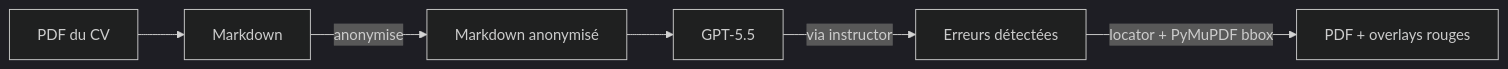
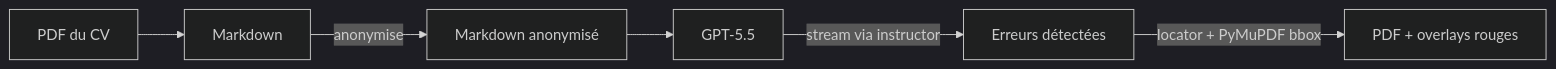
The diagram in docs/blog/2026-05-26-cv-llm-sans-nom-fr.md (Athroniaeth/piighost-proofreader), drawn with Mermaid (dark theme) before and after one commit. The commit also changed other lines of this file, not shown here.

Commit message:
docs(blog): keep technical anglicisms (stream/wrapper/fallback/casefold/word stream/one-shot/structured output)

````diff
--- a/docs/blog/2026-05-26-cv-llm-sans-nom-fr.md
+++ b/docs/blog/2026-05-26-cv-llm-sans-nom-fr.md
@@ -16,8 +16,8 @@
 ```mermaid
 flowchart LR
   PDF[PDF du CV] --> Markdown
   Markdown -->|anonymise| Anon[Markdown anonymisé]
   Anon --> LLM[GPT-5.5]
-  LLM -->|via instructor| Mistakes[Erreurs détectées]
+  LLM -->|stream via instructor| Mistakes[Erreurs détectées]
   Mistakes -->|locator + PyMuPDF bbox| PDF2[PDF + overlays rouges]
 ```
````
